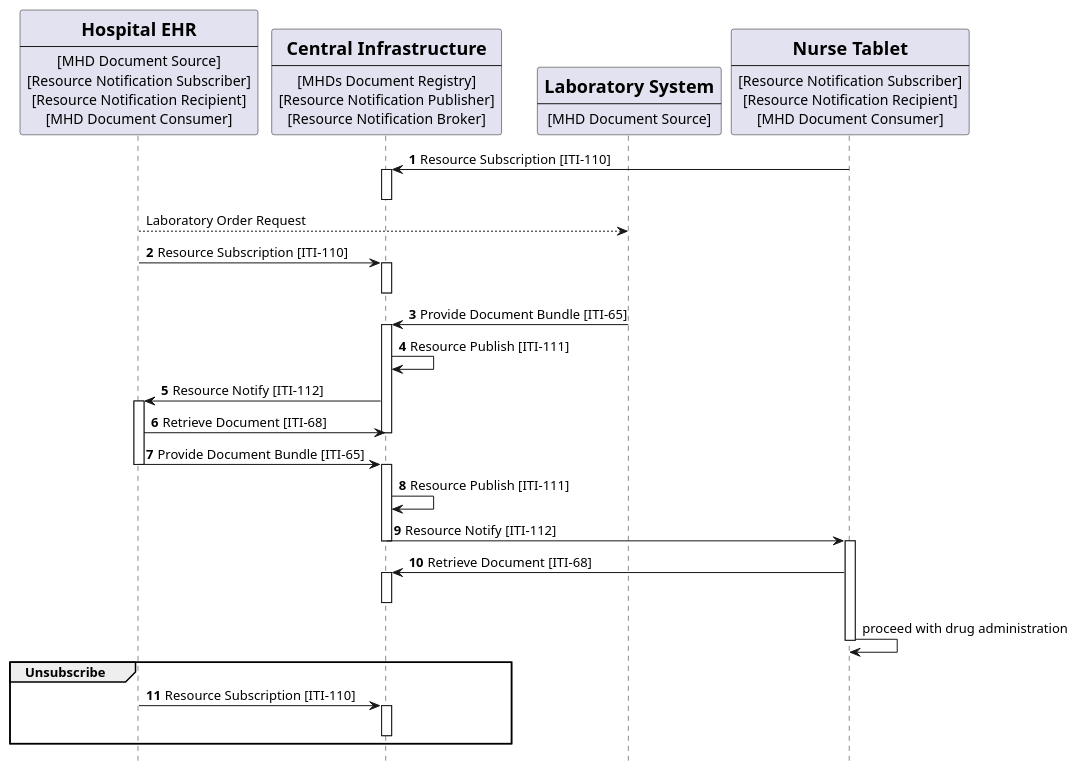
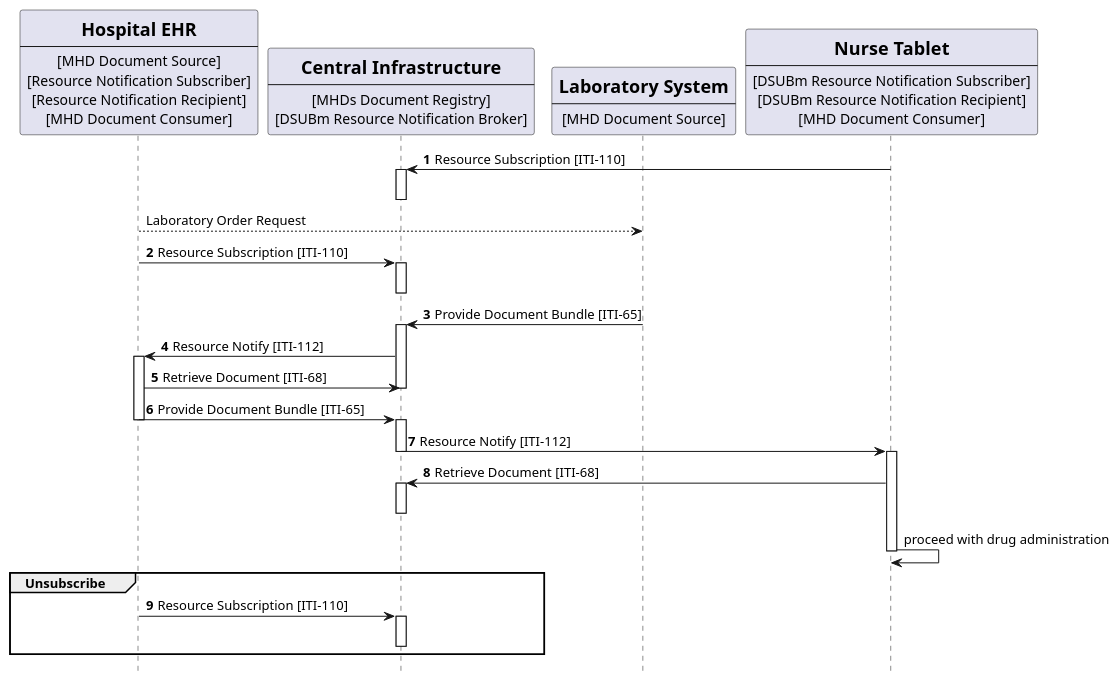
Before and after one commit to IHE/ITI.DSUBm: the diagram in input/images-source/usecase1-processflow.plantuml, drawn with PlantUML. The commit also changed 7 other files, not shown here.

Commit message:
update vol1 uml

```diff
--- a/input/images-source/usecase1-processflow.plantuml
+++ b/input/images-source/usecase1-processflow.plantuml
@@ -1,82 +1,79 @@
 @startuml
 skinparam svgDimensionStyle false
 hide footbox
 
 /'title "Subscription with DSUBm on MHDs infrastructure: Laboratory Results and ePrescription"'/
 participant HospitalEHR [
     =Hospital EHR
     ----
     [MHD Document Source]
     [Resource Notification Subscriber]
     [Resource Notification Recipient]
     [MHD Document Consumer]
 ] 
 
 participant MHDsDocumentRegistry [
     =Central Infrastructure
     ----
     [MHDs Document Registry]
-    [Resource Notification Publisher]
-    [Resource Notification Broker]
+    [DSUBm Resource Notification Broker]
     ] 
 
 
 participant LaboratorySystem [
     =Laboratory System
     ----
     [MHD Document Source]
 ] 
 
 participant NurseTablet [
     =Nurse Tablet
     ----
-    [Resource Notification Subscriber]
-    [Resource Notification Recipient]
+    [DSUBm Resource Notification Subscriber]
+    [DSUBm Resource Notification Recipient]
     [MHD Document Consumer]
 ] 
 autonumber "<b>"
 NurseTablet -> MHDsDocumentRegistry:   Resource Subscription [ITI-110]
 activate MHDsDocumentRegistry
 deactivate MHDsDocumentRegistry
 autonumber stop
 HospitalEHR --> LaboratorySystem:  Laboratory Order Request
 autonumber 2 "<b>"
 HospitalEHR -> MHDsDocumentRegistry:  Resource Subscription [ITI-110]
 activate MHDsDocumentRegistry
 deactivate MHDsDocumentRegistry
 
 
 
 
 LaboratorySystem -> MHDsDocumentRegistry: Provide Document Bundle [ITI-65]
 activate MHDsDocumentRegistry
-MHDsDocumentRegistry -> MHDsDocumentRegistry : Resource Publish [ITI-111]
+
 MHDsDocumentRegistry -> HospitalEHR : Resource Notify [ITI-112]
 activate HospitalEHR
-
 HospitalEHR -> MHDsDocumentRegistry:  Retrieve Document [ITI-68]
 deactivate MHDsDocumentRegistry
 HospitalEHR -> MHDsDocumentRegistry: Provide Document Bundle [ITI-65]
 deactivate HospitalEHR
 
 activate MHDsDocumentRegistry
-MHDsDocumentRegistry -> MHDsDocumentRegistry : Resource Publish [ITI-111]
 MHDsDocumentRegistry -> NurseTablet : Resource Notify [ITI-112]
 deactivate MHDsDocumentRegistry
 activate NurseTablet
 NurseTablet -> MHDsDocumentRegistry: Retrieve Document [ITI-68]
 activate MHDsDocumentRegistry
 deactivate MHDsDocumentRegistry
 autonumber stop
 NurseTablet -> NurseTablet: proceed with drug administration
 deactivate NurseTablet
 
-autonumber 11 "<b>"
+autonumber 9 "<b>"
 group Unsubscribe
   HospitalEHR ->MHDsDocumentRegistry: Resource Subscription [ITI-110]
   activate MHDsDocumentRegistry
   deactivate MHDsDocumentRegistry
   
 end
 
 @enduml
```
